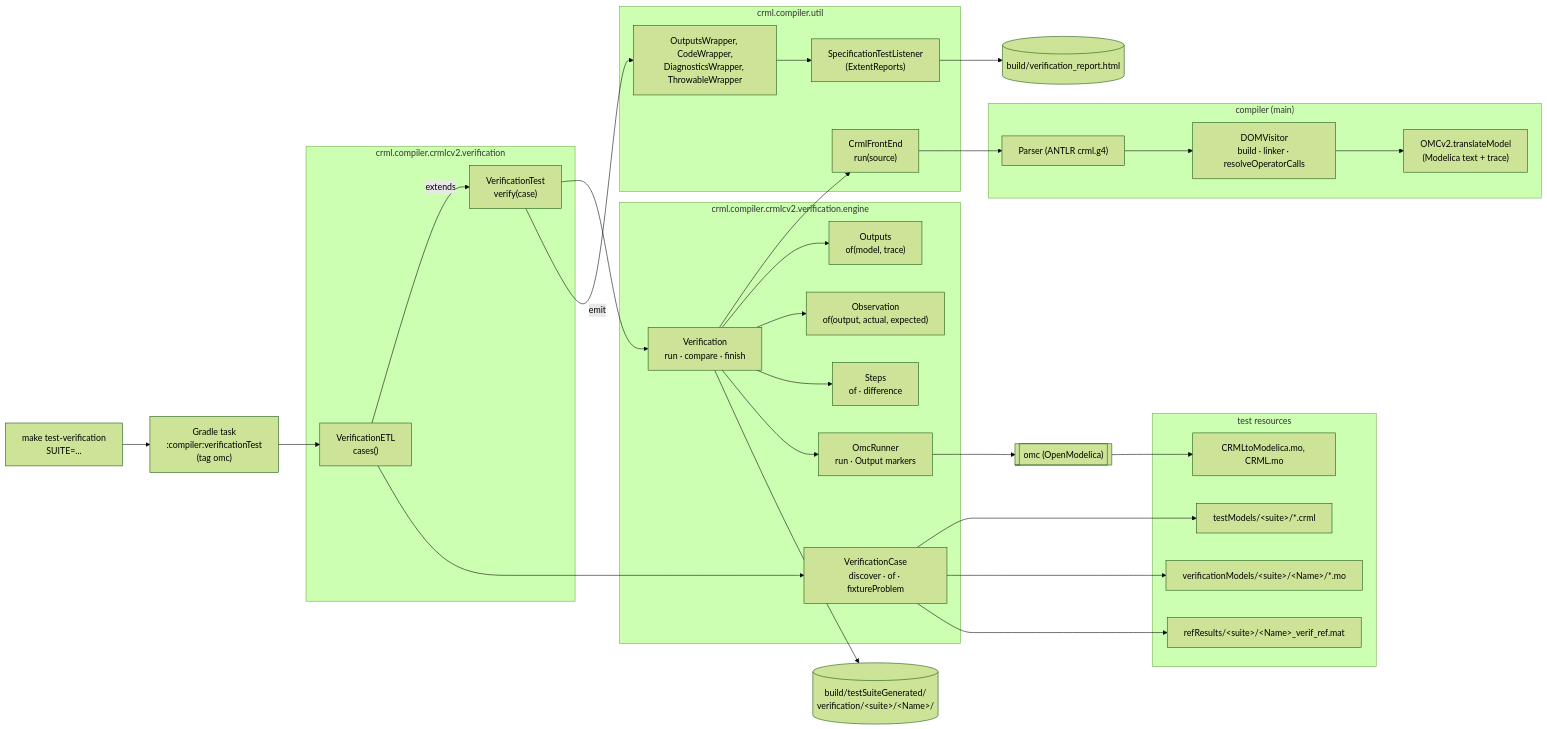
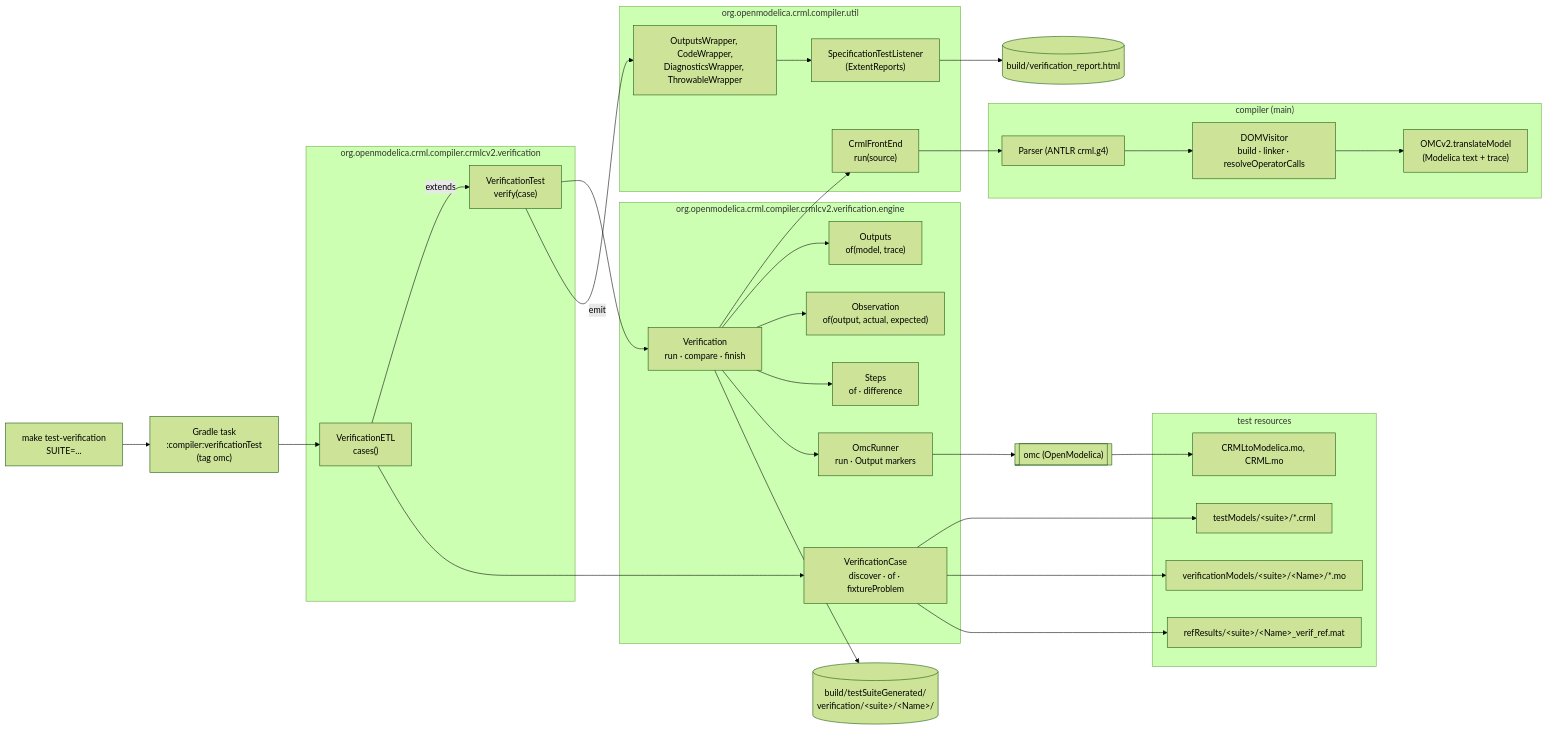
The first of 5 diagrams in submodules/compiler/VERIFICATION_README.md (OpenModelica/CRML), drawn with Mermaid (forest theme) before and after one commit. The commit also changed other lines of this file and 377 other files, not shown here.

Commit message:
Setting package structure to org.openmodelica.crml to follow Java conventions

````diff
--- a/submodules/compiler/VERIFICATION_README.md
+++ b/submodules/compiler/VERIFICATION_README.md
@@ -143,54 +145,54 @@
 ```mermaid
 flowchart LR
     make["make test-verification<br/>SUITE=..."] --> gradle["Gradle task<br/>:compiler:verificationTest<br/>(tag omc)"]
     gradle --> suite
 
-    subgraph tests["crml.compiler.crmlcv2.verification"]
+    subgraph tests["org.openmodelica.crml.compiler.crmlcv2.verification"]
         suite["VerificationETL<br/>cases()"] -->|extends| base["VerificationTest<br/>verify(case)"]
     end
 
-    subgraph engine["crml.compiler.crmlcv2.verification.engine"]
+    subgraph engine["org.openmodelica.crml.compiler.crmlcv2.verification.engine"]
         vcase["VerificationCase<br/>discover · of · fixtureProblem"]
         verif["Verification<br/>run · compare · finish"]
         outs["Outputs<br/>of(model, trace)"]
         obs["Observation<br/>of(output, actual, expected)"]
         steps["Steps<br/>of · difference"]
         runner["OmcRunner<br/>run · Output markers"]
     end
 
-    subgraph util["crml.compiler.util"]
+    subgraph util["org.openmodelica.crml.compiler.util"]
         front["CrmlFrontEnd<br/>run(source)"]
         wrappers["OutputsWrapper, CodeWrapper,<br/>DiagnosticsWrapper, ThrowableWrapper"]
         listener["SpecificationTestListener<br/>(ExtentReports)"]
     end
 
     subgraph compiler["compiler (main)"]
         parser["Parser (ANTLR crml.g4)"]
         dom["DOMVisitor<br/>build · linker · resolveOperatorCalls"]
         omcv2["OMCv2.translateModel<br/>(Modelica text + trace)"]
     end
 
     subgraph fixtures["test resources"]
         models["testModels/&lt;suite&gt;/*.crml"]
         harness["verificationModels/&lt;suite&gt;/&lt;Name&gt;/*.mo"]
         refs["refResults/&lt;suite&gt;/&lt;Name&gt;_verif_ref.mat"]
         libs["CRMLtoModelica.mo, CRML.mo"]
     end
 
     omc[["omc (OpenModelica)"]]
     out[("build/testSuiteGenerated/<br/>verification/&lt;suite&gt;/&lt;Name&gt;/")]
     report[("build/verification_report.html")]
 
     suite --> vcase
     vcase --> models & harness & refs
     base --> verif
     verif --> front
     front --> parser --> dom --> omcv2
     verif --> outs
     verif --> obs
     verif --> steps
     verif --> runner --> omc
     omc --> libs
     verif --> out
     base -->|emit| wrappers --> listener --> report
 ```
````
